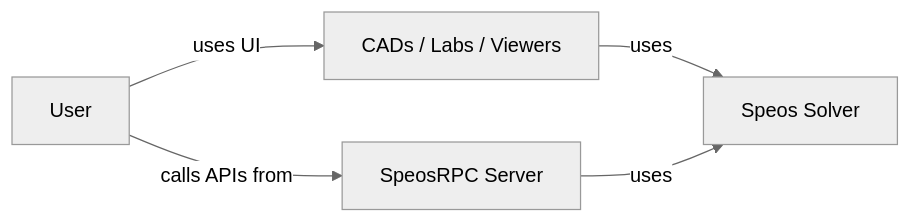
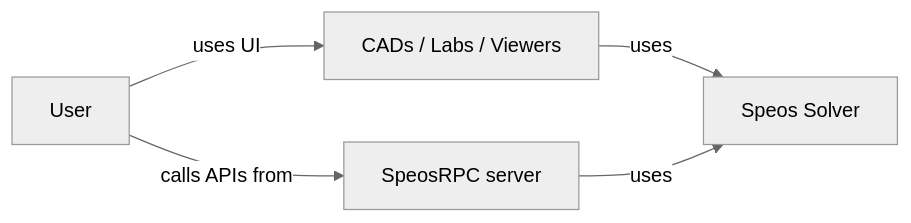
The diagram in doc/source/overview/index.rst (ansys/pyspeos), drawn with Mermaid before and after one commit. The commit also changed other lines of this file and 2 other files, not shown here.

Commit message:
Correct with SpeosRPC server

```diff
--- a/doc/source/overview/index.rst
+++ b/doc/source/overview/index.rst
@@ -53,16 +53,16 @@
 .. mermaid::
    :caption: How to use Speos capabilities.
    :alt: How to use Speos capabilities.
    :align: center
 
    %%{init: {'theme':'neutral'}}%%
 
    flowchart LR
 
     SpeosSolver["Speos Solver"]
-    SpeosRPCServer["SpeosRPC Server"]
+    SpeosRPCServer["SpeosRPC server"]
     StandardUsers["CADs / Labs / Viewers"]
     StandardUsers --> |uses|SpeosSolver
     SpeosRPCServer --> |uses|SpeosSolver
     User --> |calls APIs from|SpeosRPCServer
     User --> |uses UI|StandardUsers
```
